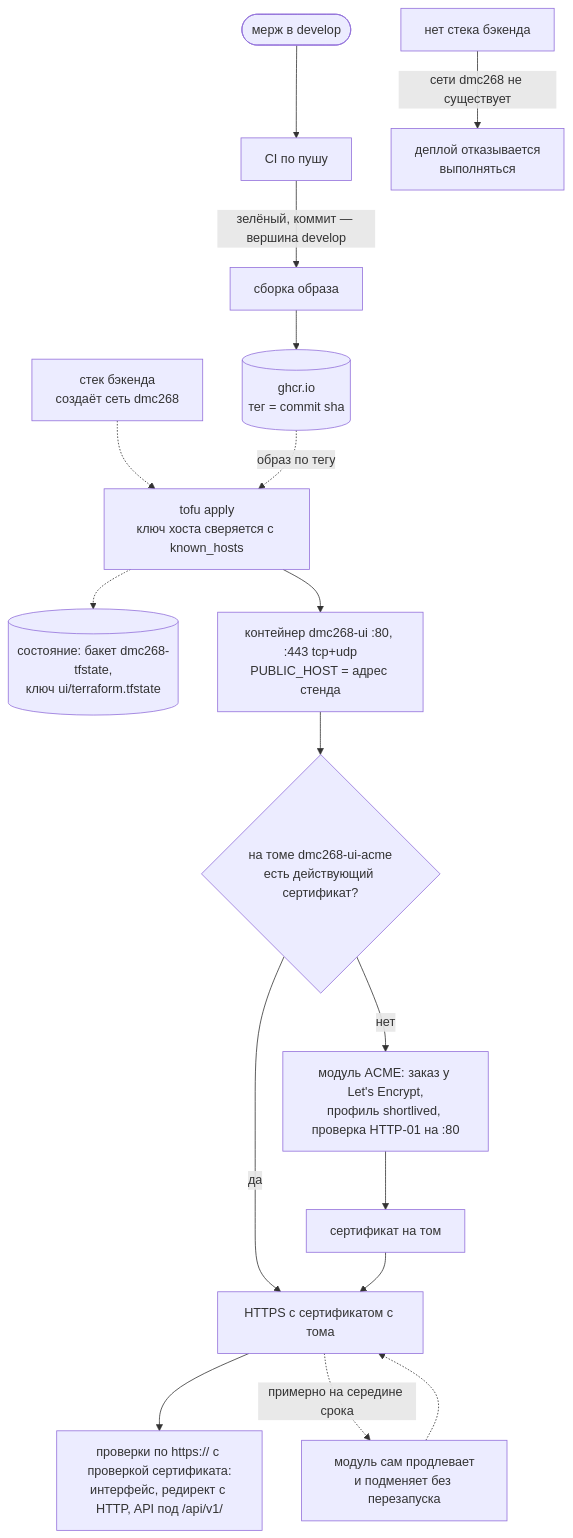
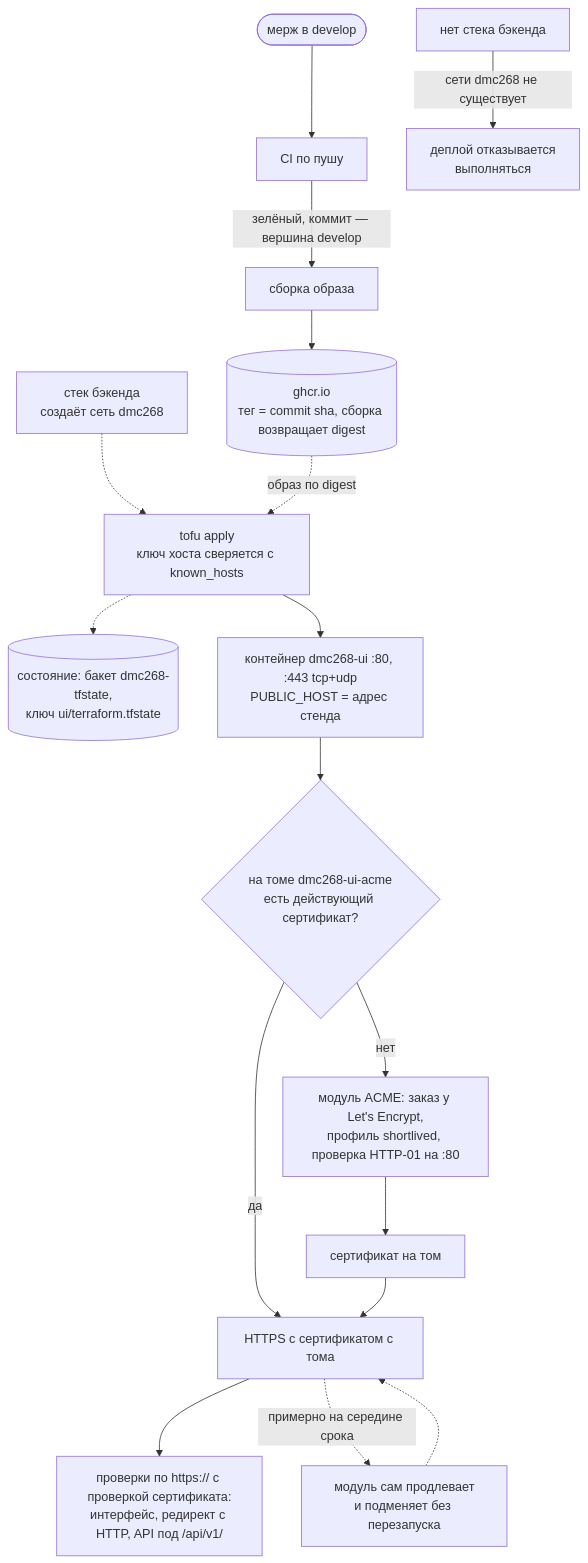
Before and after one commit to larchanka-training/dmc-268-ui-t1: the first of 3 diagrams in infra/README.md, drawn with Mermaid. The commit also changed other lines of this file and 14 other files, not shown here.

````diff
--- a/infra/README.md
+++ b/infra/README.md
@@ -11,18 +11,18 @@
 ```mermaid
 flowchart TD
     be["стек бэкенда<br/>создаёт сеть dmc268"] -.-> apply
     merge([мерж в develop]) --> ci["CI по пушу"]
     ci -- "зелёный, коммит — вершина develop" --> img["сборка образа"]
-    img --> ghcr[("ghcr.io<br/>тег = commit sha")]
-    ghcr -. "образ по тегу" .-> apply["tofu apply<br/>ключ хоста сверяется с known_hosts"]
+    img --> ghcr[("ghcr.io<br/>тег = commit sha, сборка возвращает digest")]
+    ghcr -. "образ по digest" .-> apply["tofu apply<br/>ключ хоста сверяется с known_hosts"]
     apply -.-> state[("состояние: бакет dmc268-tfstate,<br/>ключ ui/terraform.tfstate")]
     apply --> ui["контейнер dmc268-ui :80, :443 tcp+udp<br/>PUBLIC_HOST = адрес стенда"]
     ui --> vol{"на томе dmc268-ui-acme<br/>есть действующий сертификат?"}
     vol -- "да" --> serve["HTTPS с сертификатом с тома"]
     vol -- "нет" --> le["модуль ACME: заказ у Let's Encrypt,<br/>профиль shortlived, проверка HTTP-01 на :80"]
     le --> save["сертификат на том"] --> serve
     serve --> check["проверки по https:// с проверкой сертификата:<br/>интерфейс, редирект с HTTP, API под /api/v1/"]
     serve -. "примерно на середине срока" .-> renew["модуль сам продлевает<br/>и подменяет без перезапуска"]
     renew -.-> serve
     nobe["нет стека бэкенда"] -- "сети dmc268 не существует" --> fail["деплой отказывается<br/>выполняться"]
 ```
````
